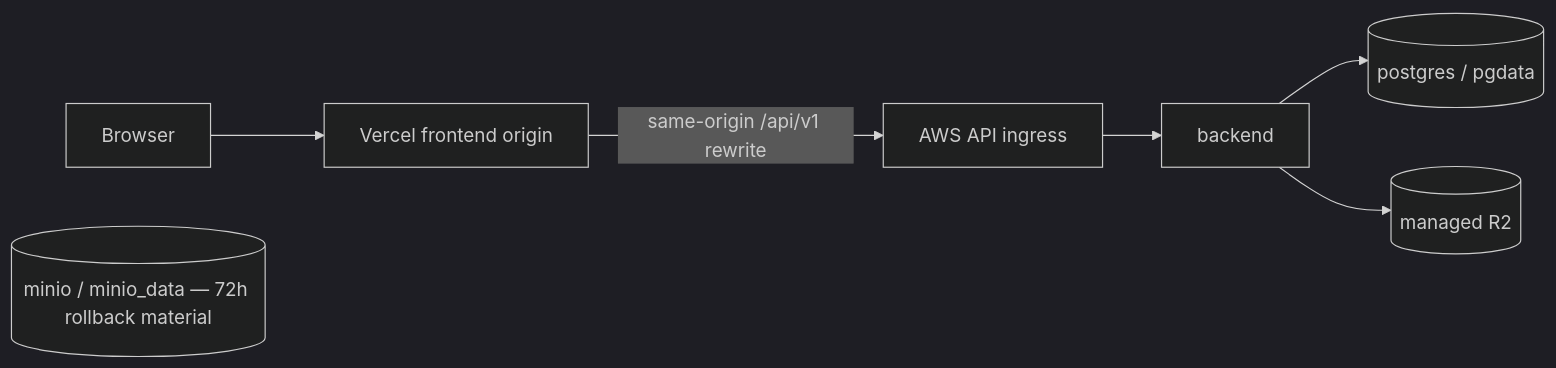
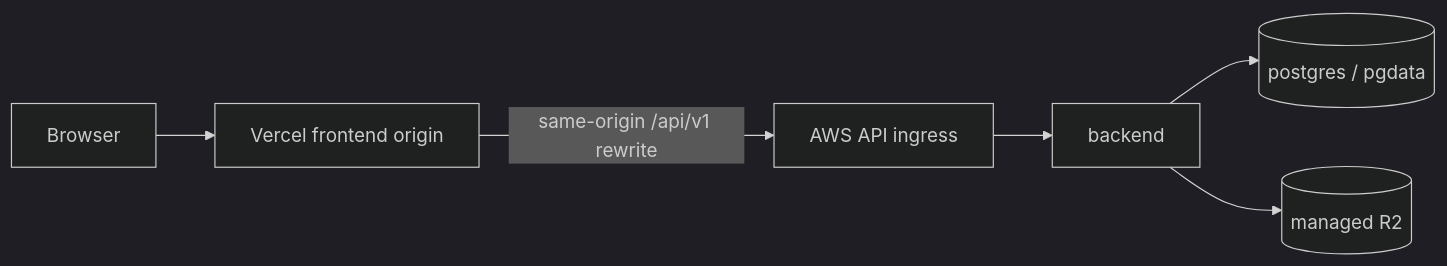
Before and after one commit to JNU-SWCU/oss-hub: the first of 2 diagrams in docs/architecture.md, drawn with Mermaid (dark theme). The commit also changed other lines of this file and 27 other files, not shown here.

````diff
--- a/docs/architecture.md
+++ b/docs/architecture.md
@@ -33,9 +33,8 @@
 ```mermaid
 flowchart LR
   Browser[Browser] --> Vercel[Vercel frontend origin]
   Vercel -- same-origin /api/v1 rewrite --> Ingress[AWS API ingress]
   Ingress --> Back[backend]
   Back --> Postgres[(postgres / pgdata)]
   Back --> R2[(managed R2)]
-  Minio[(minio / minio_data — 72h rollback material)]
 ```
````
